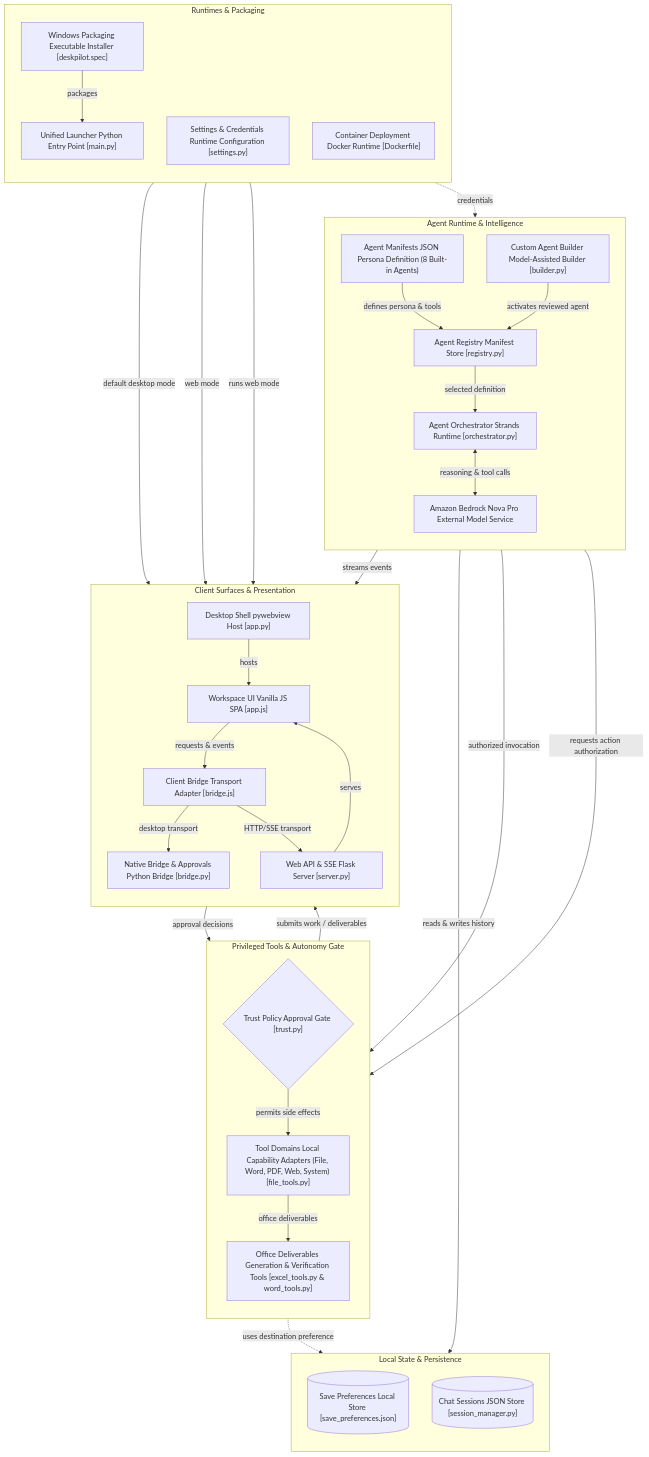
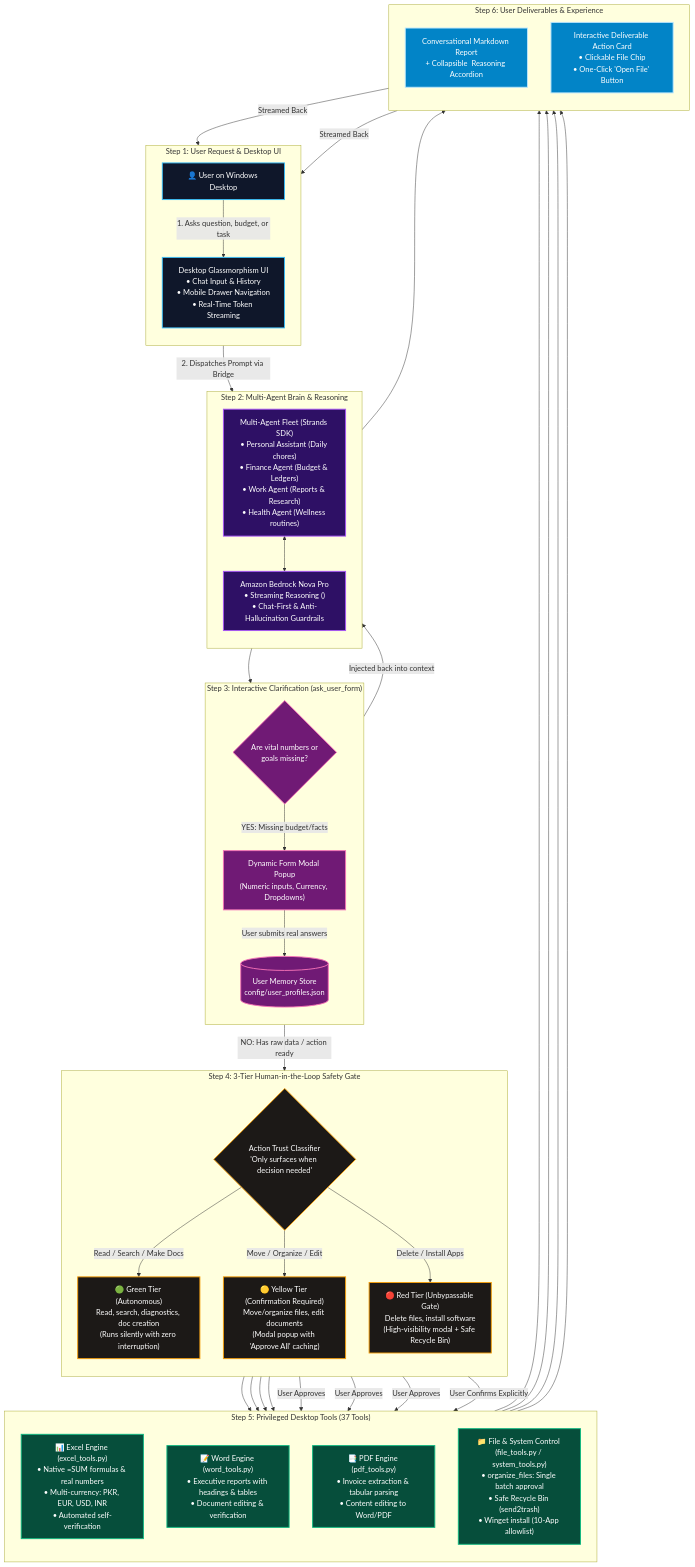
Before and after one commit to codedbyasim/DeskPilot-Autonomous-Multi-Agent-Desktop-Workspace: the first of 4 diagrams in docs/ARCHITECTURE.md, drawn with Mermaid. The commit also changed other lines of this file and 5 other files, not shown here.

Commit message:
docs: update system architecture diagram and technical specifications

````diff
--- a/docs/ARCHITECTURE.md
+++ b/docs/ARCHITECTURE.md
@@ -29,79 +52,81 @@
 ```mermaid
-flowchart TB
-    %% Master Styles
-    classDef runtime fill:#1e1b4b,stroke:#818cf8,stroke-width:2px,color:#f8fafc;
-    classDef agent fill:#431407,stroke:#fb923c,stroke-width:2px,color:#f8fafc;
-    classDef tool fill:#064e3b,stroke:#34d399,stroke-width:2px,color:#f8fafc;
-    classDef state fill:#701a75,stroke:#f472b6,stroke-width:2px,color:#f8fafc;
-    classDef client fill:#0f172a,stroke:#38bdf8,stroke-width:2px,color:#f8fafc;
+flowchart TD
+    %% Theme Styling
+    classDef userNode fill:#0f172a,stroke:#38bdf8,stroke-width:2px,color:#ffffff;
+    classDef brainNode fill:#2e1065,stroke:#a855f7,stroke-width:2px,color:#ffffff;
+    classDef formNode fill:#701a75,stroke:#f472b6,stroke-width:2px,color:#ffffff;
+    classDef trustNode fill:#1c1917,stroke:#f59e0b,stroke-width:2px,color:#ffffff;
+    classDef toolNode fill:#064e3b,stroke:#10b981,stroke-width:2px,color:#ffffff;
+    classDef outNode fill:#0284c7,stroke:#bae6fd,stroke-width:2px,color:#ffffff;
 
-    subgraph Packaging ["Runtimes & Packaging"]
+    %% STEP 1: USER INTERACTION
+    subgraph Step1 ["Step 1: User Request & Desktop UI"]
         direction TB
-        Spec["Windows Packaging Executable Installer [deskpilot.spec]"]
-        Settings["Settings & Credentials Runtime Configuration [settings.py]"]
-        Main["Unified Launcher Python Entry Point [main.py]"]
-        Docker["Container Deployment Docker Runtime [Dockerfile]"]
-
-        Spec -->|packages| Main
+        User["👤 User on Windows Desktop"]:::userNode
+        UI["Desktop Glassmorphism UI\n• Chat Input & History\n• Mobile Drawer Navigation\n• Real-Time Token Streaming"]:::userNode
+        User -->|1. Asks question, budget, or task| UI
     end
 
-    subgraph AgentRuntime ["Agent Runtime & Intelligence"]
+    %% STEP 2: AGENT INTELLIGENCE
+    subgraph Step2 ["Step 2: Multi-Agent Brain & Reasoning"]
         direction TB
-        Manifests["Agent Manifests JSON Persona Definition (8 Built-in Agents)"]
-        Builder["Custom Agent Builder Model-Assisted Builder [builder.py]"]
-        Registry["Agent Registry Manifest Store [registry.py]"]
-        Orchestrator["Agent Orchestrator Strands Runtime [orchestrator.py]"]
-        Bedrock["Amazon Bedrock Nova Pro External Model Service"]
-
-        Manifests -->|defines persona & tools| Registry
-        Builder -->|activates reviewed agent| Registry
-        Registry -->|selected definition| Orchestrator
-        Orchestrator <-->|reasoning & tool calls| Bedrock
+        Fleet["Multi-Agent Fleet (Strands SDK)\n• Personal Assistant (Daily chores)\n• Finance Agent (Budget & Ledgers)\n• Work Agent (Reports & Research)\n• Health Agent (Wellness routines)"]:::brainNode
+        NovaBrain["Amazon Bedrock Nova Pro\n• Streaming Reasoning (<thinking>)\n• Chat-First & Anti-Hallucination Guardrails"]:::brainNode
+        Fleet <--> NovaBrain
     end
 
-    subgraph Tools ["Privileged Tools & Autonomy Gate"]
+    UI -->|2. Dispatches Prompt via Bridge| Fleet
+
+    %% STEP 3: DYNAMIC FORM CLARIFICATION
+    subgraph Step3 ["Step 3: Interactive Clarification (ask_user_form)"]
         direction TB
-        TrustGate{"Trust Policy Approval Gate [trust.py]"}
-        Adapters["Tool Domains Local Capability Adapters (File, Word, PDF, Web, System) [file_tools.py]"]
-        Deliverables["Office Deliverables Generation & Verification Tools [excel_tools.py & word_tools.py]"]
+        CheckInfo{"Are vital numbers or\ngoals missing?"}:::formNode
+        FormModal["Dynamic Form Modal Popup\n(Numeric inputs, Currency, Dropdowns)"]:::formNode
+        UserProfile[("User Memory Store\nconfig/user_profiles.json")]:::formNode
 
-        TrustGate -->|permits side effects| Adapters
-        Adapters -->|office deliverables| Deliverables
+        CheckInfo -->|YES: Missing budget/facts| FormModal
+        FormModal -->|User submits real answers| UserProfile
+        UserProfile -->|Injected back into context| Fleet
     end
 
-    subgraph LocalState ["Local State & Persistence"]
+    Fleet --> CheckInfo
+
+    %% STEP 4: 3-TIER TRUST GATE
+    subgraph Step4 ["Step 4: 3-Tier Human-in-the-Loop Safety Gate"]
         direction TB
-        SavePref[("Save Preferences Local Store [save_preferences.json]")]
-        ChatStore[("Chat Sessions JSON Store [session_manager.py]")]
+        TrustGate{"Action Trust Classifier\n'Only surfaces when decision needed'"}:::trustNode
+        Green["🟢 Green Tier (Autonomous)\nRead, search, diagnostics, doc creation\n(Runs silently with zero interruption)"]:::trustNode
+        Yellow["🟡 Yellow Tier (Confirmation Required)\nMove/organize files, edit documents\n(Modal popup with 'Approve All' caching)"]:::trustNode
+        Red["🔴 Red Tier (Unbypassable Gate)\nDelete files, install software\n(High-visibility modal + Safe Recycle Bin)"]:::trustNode
+
+        TrustGate -->|Read / Search / Make Docs| Green
+        TrustGate -->|Move / Organize / Edit| Yellow
+        TrustGate -->|Delete / Install Apps| Red
     end
 
-    subgraph ClientSurfaces ["Client Surfaces & Presentation"]
+    CheckInfo -->|NO: Has raw data / action ready| TrustGate
+
+    %% STEP 5: DESKTOP EXECUTION SUITE
+    subgraph Step5 ["Step 5: Privileged Desktop Tools (37 Tools)"]
         direction TB
-        DesktopHost["Desktop Shell pywebview Host [app.py]"]
-        FlaskServer["Web API & SSE Flask Server [server.py]"]
-        SPA["Workspace UI Vanilla JS SPA [app.js]"]
-        BridgeJS["Client Bridge Transport Adapter [bridge.js]"]
-        BridgePY["Native Bridge & Approvals Python Bridge [bridge.py]"]
-
-        DesktopHost -->|hosts| SPA
-        FlaskServer -->|serves| SPA
-        SPA -->|requests & events| BridgeJS
-        BridgeJS -->|desktop transport| BridgePY
-        BridgeJS -->|HTTP/SSE transport| FlaskServer
+        ExcelTool["📊 Excel Engine (excel_tools.py)\n• Native =SUM formulas & real numbers\n• Multi-currency: PKR, EUR, USD, INR\n• Automated self-verification"]:::toolNode
+        WordTool["📝 Word Engine (word_tools.py)\n• Executive reports with headings & tables\n• Document editing & verification"]:::toolNode
+        PdfTool["📑 PDF Engine (pdf_tools.py)\n• Invoice extraction & tabular parsing\n• Content editing to Word/PDF"]:::toolNode
+        FileTool["📁 File & System Control (file_tools.py / system_tools.py)\n• organize_files: Single batch approval\n• Safe Recycle Bin (send2trash)\n• Winget install (10-App allowlist)"]:::toolNode
     end
 
-    %% Cross-Subsystem Interconnections
-    Settings -.->|credentials| Orchestrator
-    Main -->|default desktop mode| DesktopHost
-    Main -->|web mode| FlaskServer
-    Docker -->|runs web mode| FlaskServer
+    Green --> ExcelTool & WordTool & PdfTool & FileTool
+    Yellow -->|User Approves| FileTool & ExcelTool & WordTool
+    Red -->|User Confirms Explicitly| FileTool
 
-    Orchestrator -->|authorized invocation| Adapters
-    Orchestrator -->|requests action authorization| TrustGate
-    BridgePY -->|approval decisions| TrustGate
-    Orchestrator -->|streams events| FlaskServer
-    Orchestrator -->|reads & writes history| ChatStore
+    %% STEP 6: DELIVERABLE PRESENTATION
+    subgraph Step6 ["Step 6: User Deliverables & Experience"]
+        direction TB
+        ChatResult["Conversational Markdown Report\n+ Collapsible <thinking> Reasoning Accordion"]:::outNode
+        DeliverableCard["Interactive Deliverable Action Card\n• Clickable File Chip\n• One-Click 'Open File' Button"]:::outNode
+    end
 
-    Adapters -.->|uses destination preference| SavePref
-    Deliverables -->|submits work / deliverables| SPA
+    ExcelTool & WordTool & PdfTool & FileTool --> DeliverableCard
+    Fleet --> ChatResult
+    ChatResult & DeliverableCard -->|Streamed Back| UI
 ```
````
